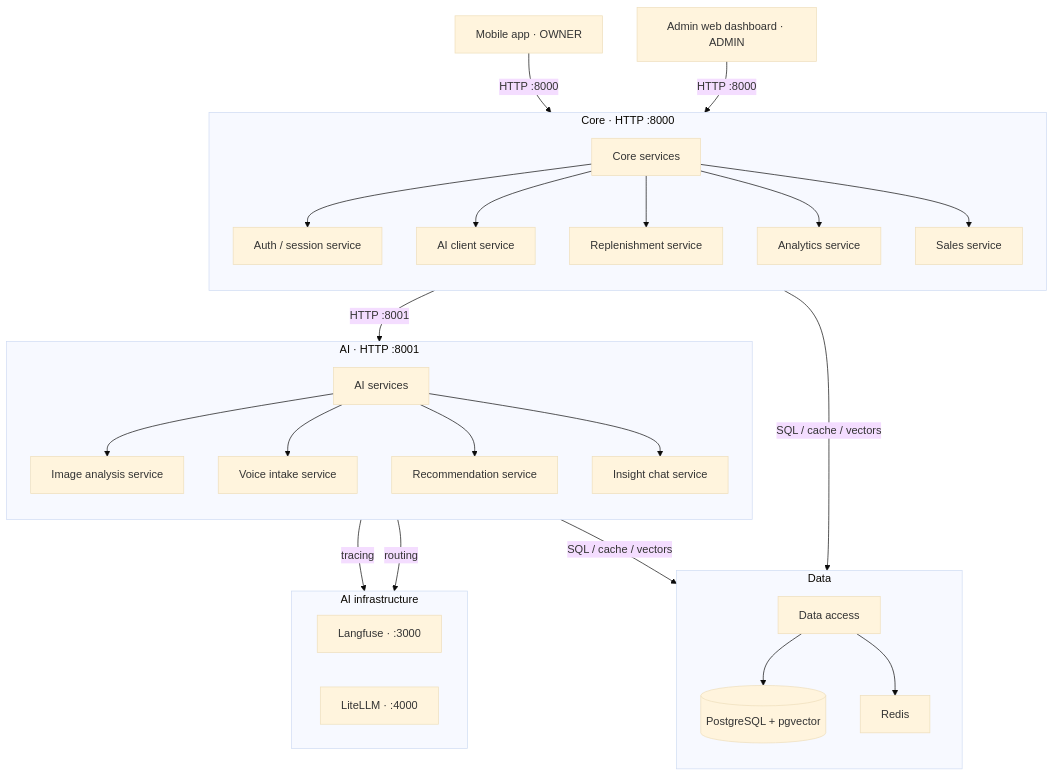
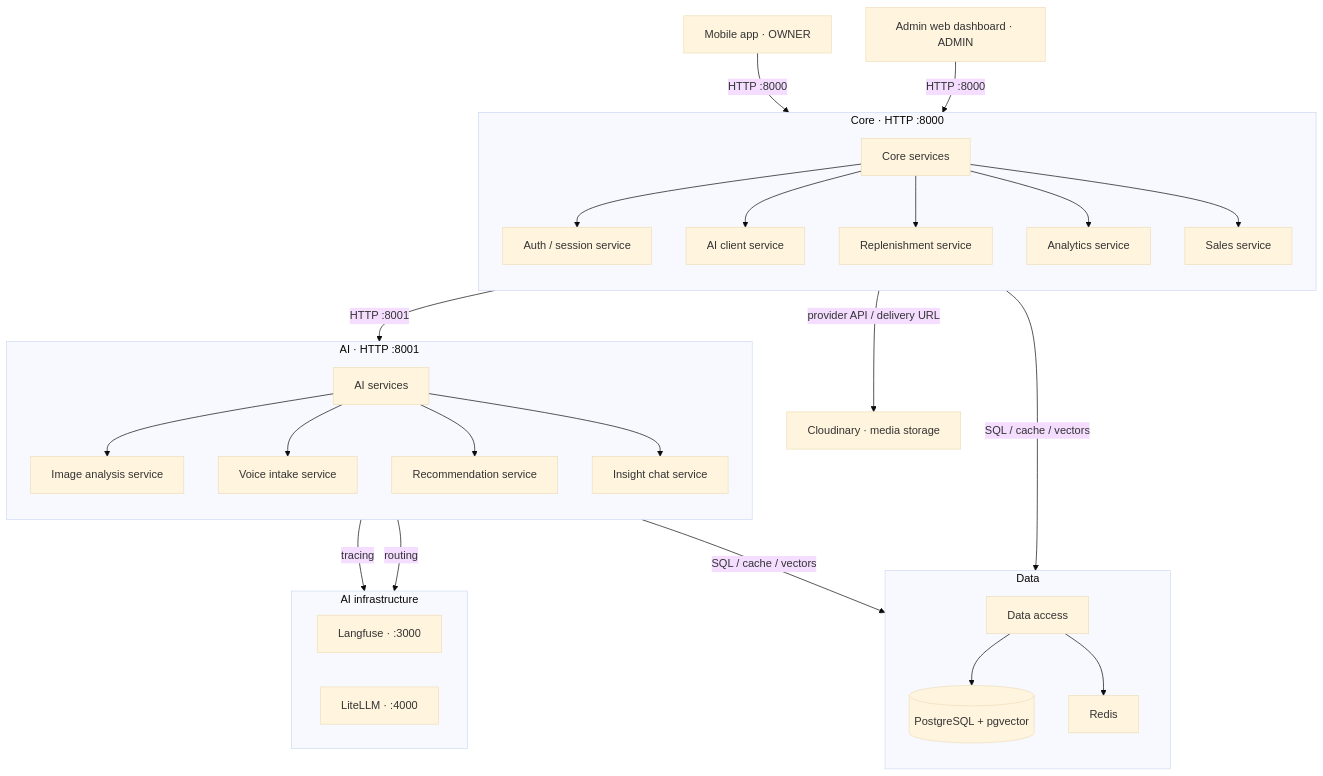
One commit to miphu2804/smart-ledger changed the diagram in docs/architecture/diagrams/src/architecture.mmd. Above: the diagram before and after it, drawn with Mermaid (base theme). The commit also changed 81 other files, not shown here.

Commit message:
feat(core): add cloudinary media management

```diff
--- a/docs/architecture/diagrams/src/architecture.mmd
+++ b/docs/architecture/diagrams/src/architecture.mmd
@@ -1,57 +1,59 @@
 %% SmartLedger — MVP target architecture
 %% Rendered: ../images/architecture.svg, ../images/architecture.png
 %% Editable: architecture.drawio
 flowchart TB
     mobile["Mobile app · OWNER"]
     admin_web["Admin web dashboard · ADMIN"]
+    cloudinary["Cloudinary · media storage"]
 
     subgraph core["Core · HTTP :8000"]
         direction TB
         core_hub["Core services"]
         auth["Auth / session service"]
         ai_client["AI client service"]
         replenishment["Replenishment service"]
         analytics["Analytics service"]
         sales["Sales service"]
         core_hub --> auth
         core_hub --> ai_client
         core_hub --> replenishment
         core_hub --> analytics
         core_hub --> sales
     end
 
     subgraph data["Data"]
         direction TB
         data_access["Data access"]
         postgres[("PostgreSQL + pgvector")]
         redis["Redis"]
         data_access --> postgres
         data_access --> redis
     end
 
     subgraph ai_infra["AI infrastructure"]
         direction LR
         langfuse["Langfuse · :3000"]
         litellm["LiteLLM · :4000"]
     end
 
     subgraph ai["AI · HTTP :8001"]
         direction TB
         ai_hub["AI services"]
         ai_image["Image analysis service"]
         ai_voice["Voice intake service"]
         ai_rec["Recommendation service"]
         ai_chat["Insight chat service"]
         ai_hub --> ai_image
         ai_hub --> ai_voice
         ai_hub --> ai_rec
         ai_hub --> ai_chat
     end
 
     mobile -->|"HTTP :8000"| core_hub
     admin_web -->|"HTTP :8000"| core_hub
     core_hub -->|"SQL / cache / vectors"| data_access
+    core_hub -->|"provider API / delivery URL"| cloudinary
     core_hub -->|"HTTP :8001"| ai_hub
     ai_hub -->|"SQL / cache / vectors"| data_access
     ai_hub -->|"tracing"| langfuse
     ai_hub -->|"routing"| litellm
```
